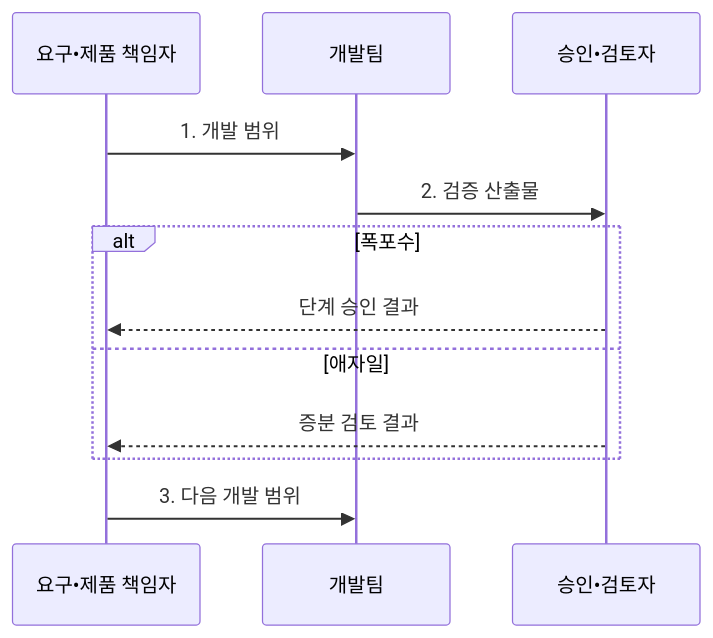
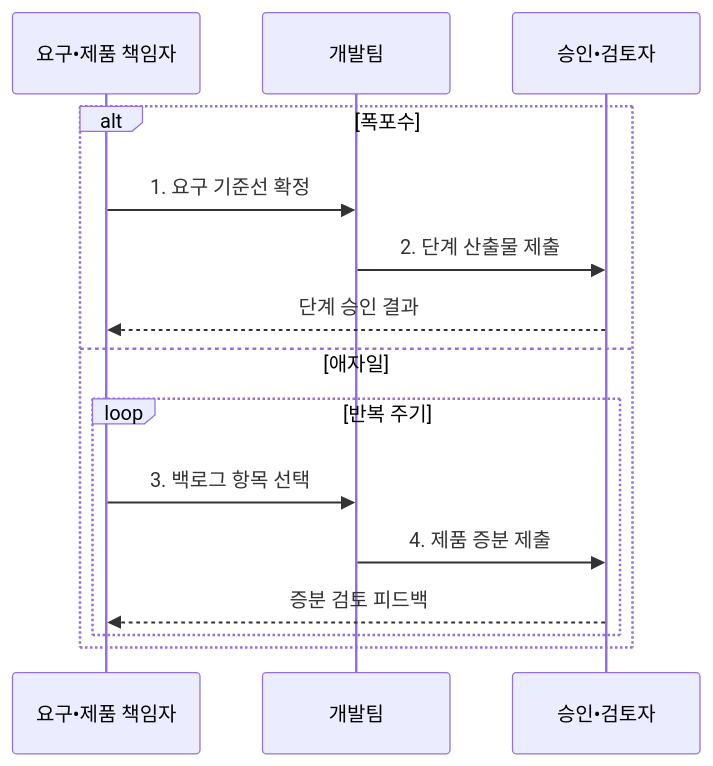
Before and after one commit to agnusdei1207/knowledge-base: the second of 2 diagrams in src/content/docs/notes/03-software/031_waterfall_vs_agile.md, drawn with Mermaid. The commit also changed other lines of this file and 9 other files, not shown here.

````diff
--- a/src/content/docs/notes/03-software/031_waterfall_vs_agile.md
+++ b/src/content/docs/notes/03-software/031_waterfall_vs_agile.md
@@ -105,14 +105,17 @@
 ```mermaid
 sequenceDiagram
     participant O as 요구•제품 책임자
     participant D as 개발팀
     participant R as 승인•검토자
-    O->>D: 1. 개발 범위
-    D->>R: 2. 검증 산출물
     alt 폭포수
+        O->>D: 1. 요구 기준선 확정
+        D->>R: 2. 단계 산출물 제출
         R-->>O: 단계 승인 결과
     else 애자일
-        R-->>O: 증분 검토 결과
+        loop 반복 주기
+            O->>D: 3. 백로그 항목 선택
+            D->>R: 4. 제품 증분 제출
+            R-->>O: 증분 검토 피드백
+        end
     end
-    O->>D: 3. 다음 개발 범위
 ```
````
